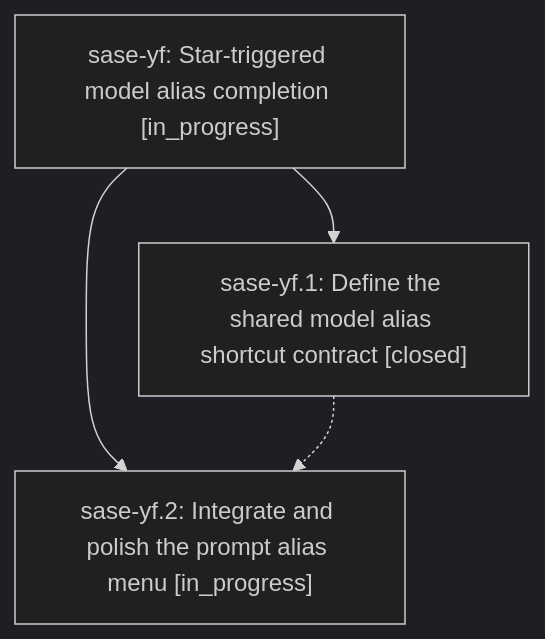
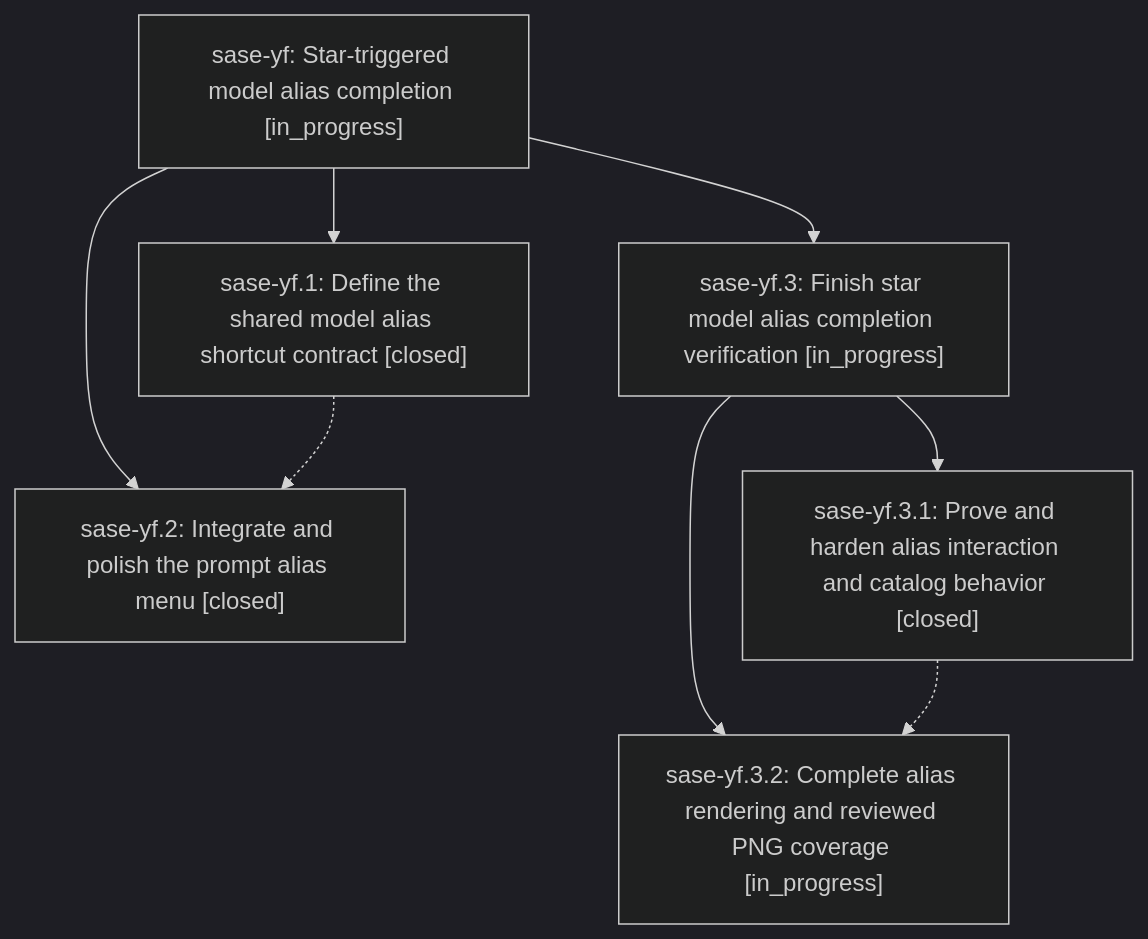
Before and after one commit to sase-org/sase--beads: the diagram in pages/sase-yf/README.md, drawn with Mermaid (dark theme). The commit also changed other lines of this file and 5 other files, not shown here.

````diff
--- a/pages/sase-yf/README.md
+++ b/pages/sase-yf/README.md
@@ -35,9 +35,16 @@
 ```mermaid
 flowchart TD
     n0["sase-yf: Star-triggered model alias completion [in_progress]"]
     n1["sase-yf.1: Define the shared model alias shortcut contract [closed]"]
-    n2["sase-yf.2: Integrate and polish the prompt alias menu [in_progress]"]
+    n2["sase-yf.2: Integrate and polish the prompt alias menu [closed]"]
+    n3["sase-yf.3: Finish star model alias completion verification [in_progress]"]
+    n4["sase-yf.3.1: Prove and harden alias interaction and catalog behavior [closed]"]
+    n5["sase-yf.3.2: Complete alias rendering and reviewed PNG coverage [in_progress]"]
     n0 --> n1
     n0 --> n2
+    n0 --> n3
+    n3 --> n4
+    n3 --> n5
     n1 -.-> n2
+    n4 -.-> n5
 ```
````
